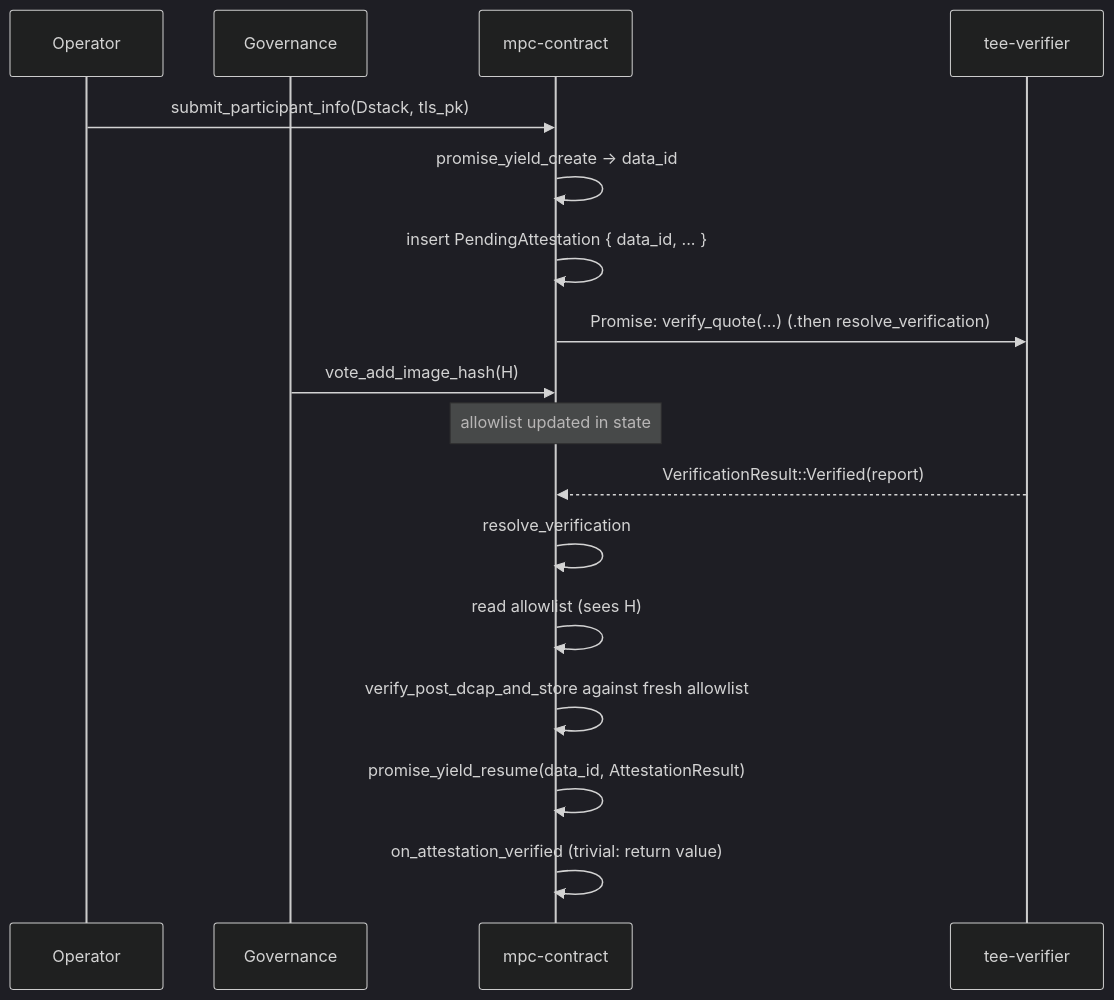
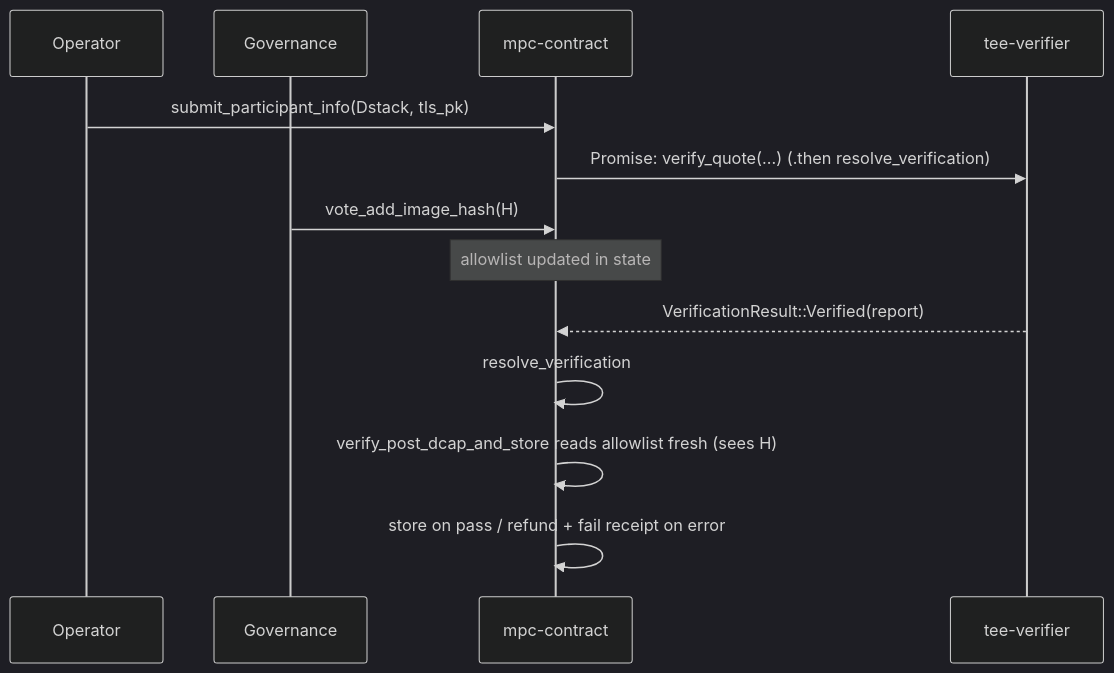
Before and after one commit to near/mpc: the fourth of 6 diagrams in docs/design/attestation-verifier-contract.md, drawn with Mermaid (dark theme). The commit also changed other lines of this file and 5 other files, not shown here.

````diff
--- a/docs/design/attestation-verifier-contract.md
+++ b/docs/design/attestation-verifier-contract.md
@@ -149,22 +150,18 @@
 ```mermaid
 sequenceDiagram
     participant Op as Operator
     participant Gov as Governance
     participant MPC as mpc-contract
     participant Ver as tee-verifier
 
     Op->>MPC: submit_participant_info(Dstack, tls_pk)
-    MPC->>MPC: promise_yield_create → data_id
-    MPC->>MPC: insert PendingAttestation { data_id, ... }
     MPC->>Ver: Promise: verify_quote(...) (.then resolve_verification)
 
     Gov->>MPC: vote_add_image_hash(H)
     Note over MPC: allowlist updated in state
 
     Ver-->>MPC: VerificationResult::Verified(report)
     MPC->>MPC: resolve_verification
-    MPC->>MPC: read allowlist (sees H)
-    MPC->>MPC: verify_post_dcap_and_store against fresh allowlist
-    MPC->>MPC: promise_yield_resume(data_id, AttestationResult)
-    MPC->>MPC: on_attestation_verified (trivial: return value)
+    MPC->>MPC: verify_post_dcap_and_store reads allowlist fresh (sees H)
+    MPC->>MPC: store on pass / refund + fail receipt on error
 ```
````
